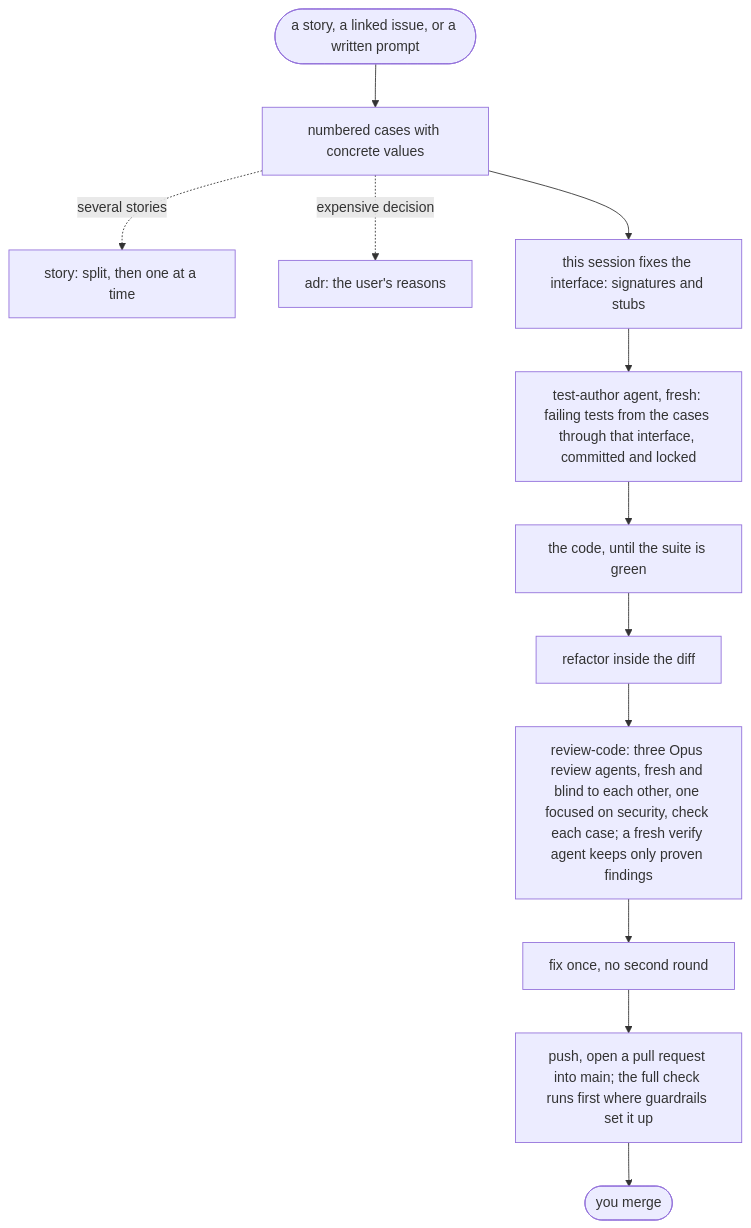
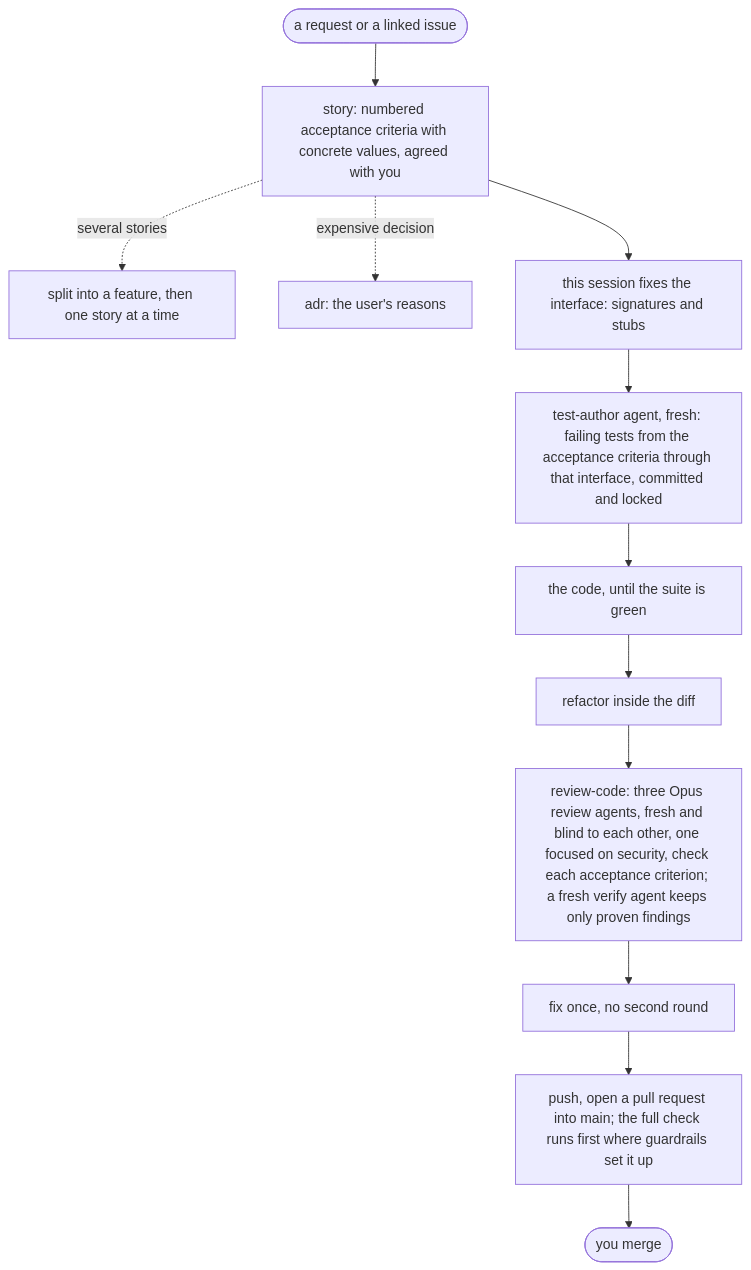
The diagram in plugins/SDLC/README.md (DaveBben/skills), drawn with Mermaid before and after one commit. The commit also changed other lines of this file and 19 other files, not shown here.

````diff
--- a/plugins/SDLC/README.md
+++ b/plugins/SDLC/README.md
@@ -21,14 +20,14 @@
 ```mermaid
 flowchart TD
-    REQ([a story, a linked issue, or a written prompt]) --> CASES[numbered cases with concrete values]
-    CASES -. several stories .-> SP[story: split, then one at a time]
+    REQ([a request or a linked issue]) --> CASES[story: numbered acceptance criteria with concrete values, agreed with you]
+    CASES -. several stories .-> SP[split into a feature, then one story at a time]
     CASES -. expensive decision .-> ARC[adr: the user's reasons]
     CASES --> IF[this session fixes the interface: signatures and stubs]
-    IF --> RED[test-author agent, fresh: failing tests from the cases through that interface, committed and locked]
+    IF --> RED[test-author agent, fresh: failing tests from the acceptance criteria through that interface, committed and locked]
     RED --> BLD[the code, until the suite is green]
     BLD --> REF[refactor inside the diff]
-    REF --> REV[review-code: three Opus review agents, fresh and blind to each other, one focused on security, check each case; a fresh verify agent keeps only proven findings]
+    REF --> REV[review-code: three Opus review agents, fresh and blind to each other, one focused on security, check each acceptance criterion; a fresh verify agent keeps only proven findings]
     REV --> FIX[fix once, no second round]
     FIX --> PR[push, open a pull request into main; the full check runs first where guardrails set it up]
     PR --> MRG([you merge])
 ```
````
